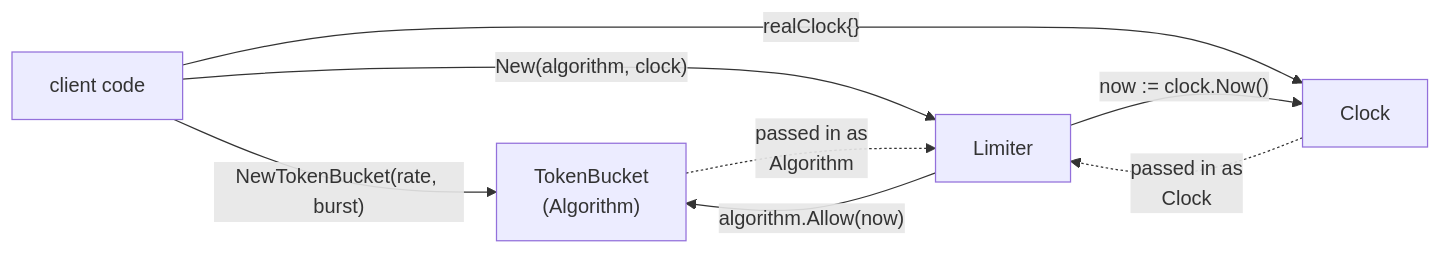
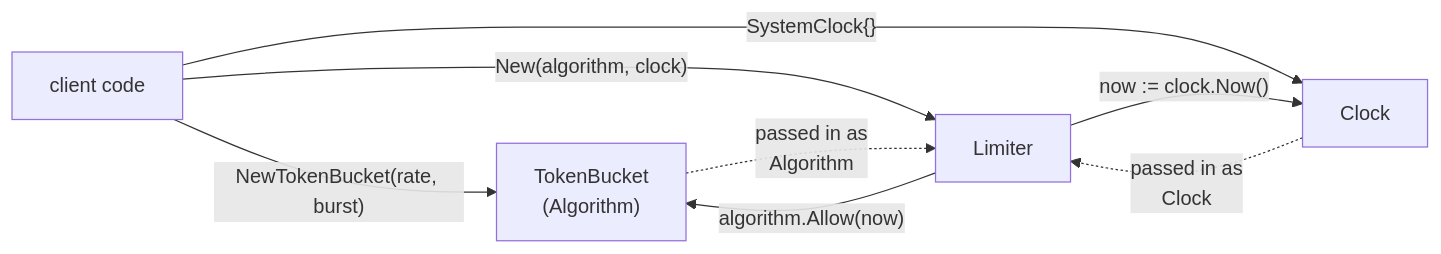
Before and after one commit to const-nash/go-rate-limiter: the second of 2 diagrams in docs/architecture.md, drawn with Mermaid. The commit also changed other lines of this file and 1 other file, not shown here.

Commit message:
Rename `realClock` to `SystemClock` and implement `SystemClock`

````diff
--- a/docs/architecture.md
+++ b/docs/architecture.md
@@ -141,10 +141,10 @@
 ```mermaid
 flowchart LR
     A["client code"] -->|"NewTokenBucket(rate, burst)"| B["TokenBucket\n(Algorithm)"]
     A -->|"New(algorithm, clock)"| C["Limiter"]
-    A -->|"realClock{}"| E["Clock"]
+    A -->|"SystemClock{}"| E["Clock"]
     B -.->|"passed in as\nAlgorithm"| C
     E -.->|"passed in as\nClock"| C
     C -->|"now := clock.Now()"| E
     C -->|"algorithm.Allow(now)"| B
 ```
````
